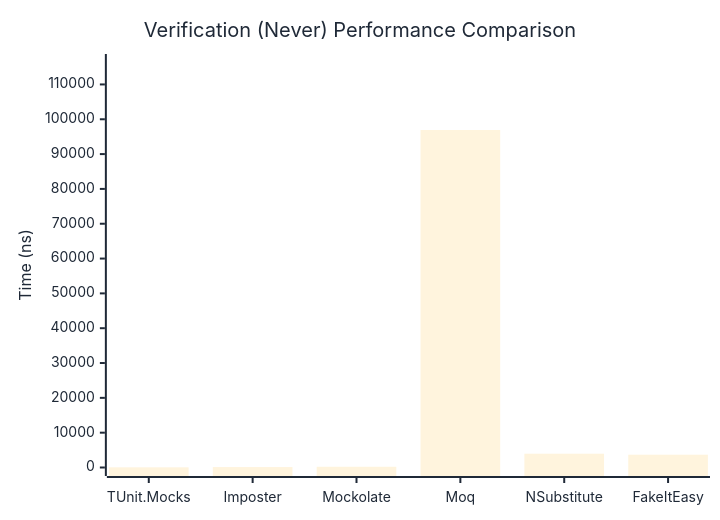
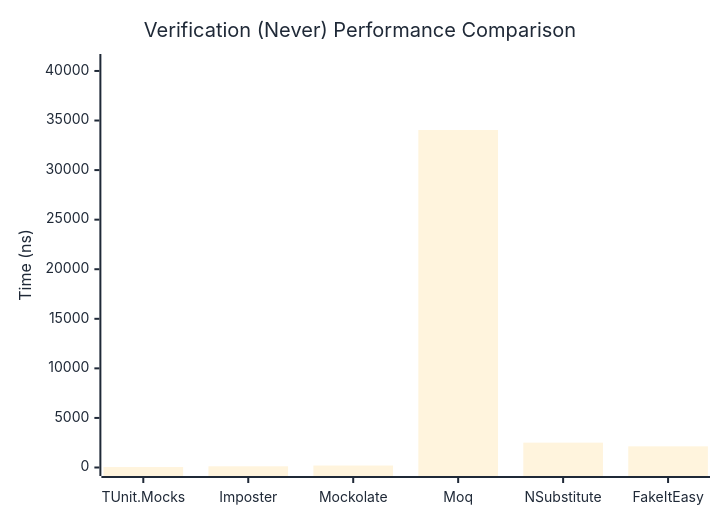
The second of 3 diagrams in docs/docs/benchmarks/mocks/Verification.md (thomhurst/TUnit), drawn with Mermaid before and after one commit. The commit also changed other lines of this file and 14 other files, not shown here.

````diff
--- a/docs/docs/benchmarks/mocks/Verification.md
+++ b/docs/docs/benchmarks/mocks/Verification.md
@@ -71,27 +71,27 @@
 ```mermaid
 %%{init: {
   'theme':'base',
   'themeVariables': {
     'primaryColor': '#2563eb',
     'primaryTextColor': '#1f2937',
     'primaryBorderColor': '#1e40af',
     'lineColor': '#6b7280',
     'secondaryColor': '#7c3aed',
     'tertiaryColor': '#dc2626',
     'background': '#ffffff',
     'pie1': '#2563eb',
     'pie2': '#7c3aed',
     'pie3': '#dc2626',
     'pie4': '#f59e0b',
     'pie5': '#10b981',
     'pie6': '#06b6d4',
     'pie7': '#ec4899',
     'pie8': '#6366f1'
   }
 }}%%
 xychart-beta
   title "Verification (Never) Performance Comparison"
   x-axis ["TUnit.Mocks", "Imposter", "Mockolate", "Moq", "NSubstitute", "FakeItEasy"]
-  y-axis "Time (ns)" 0 --> 116300
-  bar [49.33, 122.68, 212.6, 96915.99, 3963.07, 3672.91]
+  y-axis "Time (ns)" 0 --> 40853
+  bar [46.55, 119.62, 199.28, 34044.1, 2506.69, 2134.31]
 ```
````
